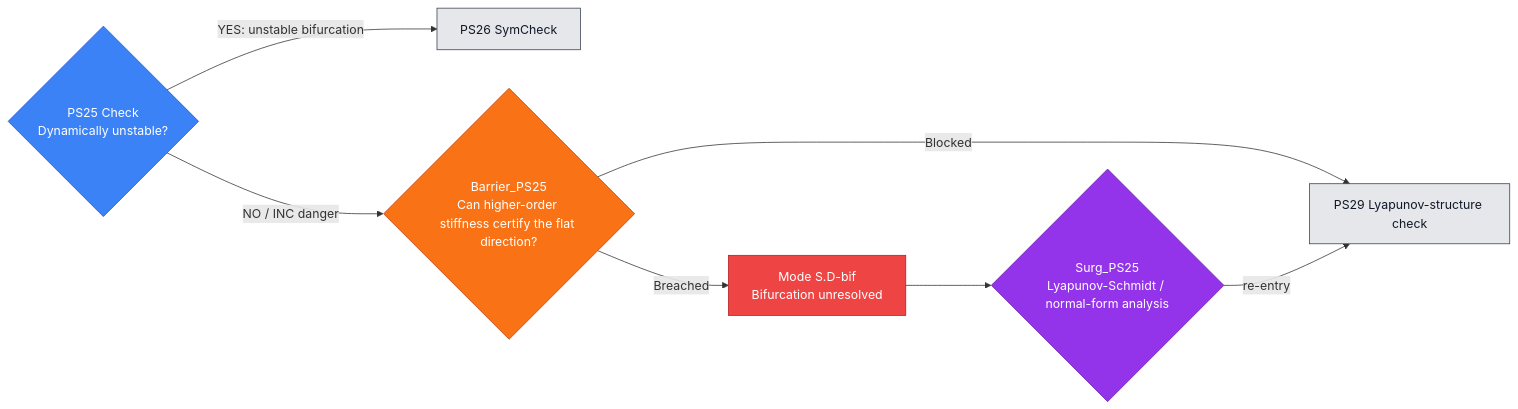
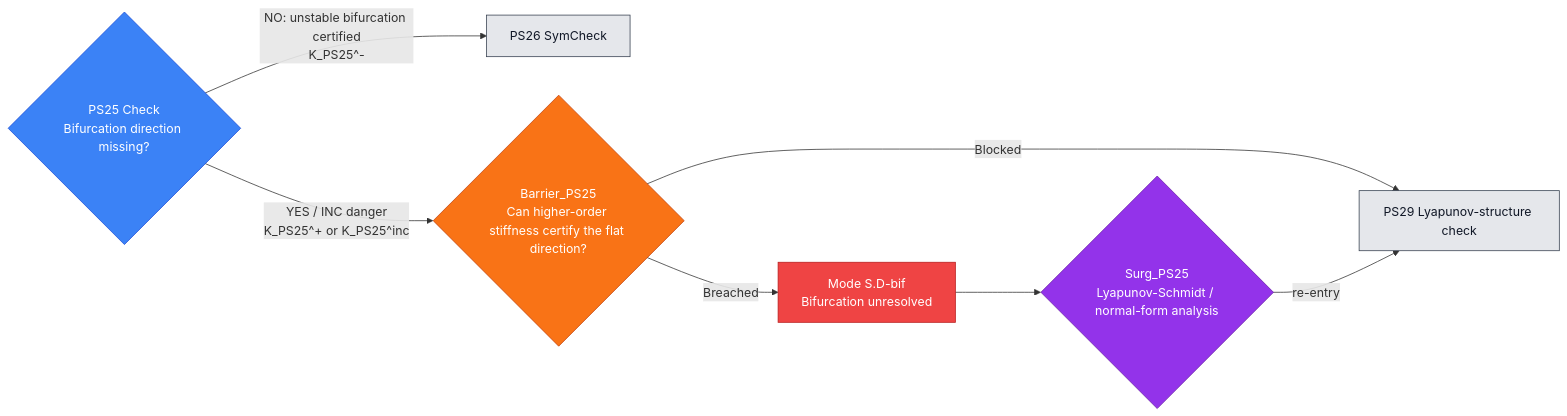
One commit to Guillemdb/hypostructure changed diagram 31 of 54 in docs/source/1_hypostructure_formalism/edits/new_sieve.md. Above: the diagram before and after it, drawn with Mermaid. The commit also changed other lines of this file, not shown here.

````diff
--- a/docs/source/1_hypostructure_formalism/edits/new_sieve.md
+++ b/docs/source/1_hypostructure_formalism/edits/new_sieve.md
@@ -2506,23 +2534,23 @@
 ```mermaid
 flowchart LR
-    C{"PS25 Check<br/>Dynamically unstable?"}
-    C -- "YES: unstable bifurcation" --> N["PS26 SymCheck"]
-    C -- "NO / INC danger" --> B{"Barrier_PS25<br/>Can higher-order stiffness certify the flat direction?"}
+    C{"PS25 Check<br/>Bifurcation direction missing?"}
+    C -- "NO: unstable bifurcation certified<br/>K_PS25^-" --> N["PS26 SymCheck"]
+    C -- "YES / INC danger<br/>K_PS25^+ or K_PS25^inc" --> B{"Barrier_PS25<br/>Can higher-order stiffness certify the flat direction?"}
     B -- "Blocked" --> L["PS29 Lyapunov-structure check"]
     B -- "Breached" --> M["Mode S.D-bif<br/>Bifurcation unresolved"]
     M --> S{"Surg_PS25<br/>Lyapunov-Schmidt / normal-form analysis"}
     S -- "re-entry" --> L
 
     classDef check fill:#3b82f6,stroke:#1d4ed8,color:#ffffff;
     classDef barrier fill:#f97316,stroke:#c2410c,color:#ffffff;
     classDef mode fill:#ef4444,stroke:#b91c1c,color:#ffffff;
     classDef surgery fill:#9333ea,stroke:#6b21a8,color:#ffffff;
     classDef next fill:#e5e7eb,stroke:#374151,color:#111827;
     classDef terminal fill:#fef3c7,stroke:#d97706,color:#111827;
 
     class C check;
     class B barrier;
     class M mode;
     class S surgery;
     class N,L next;
 ```
````
